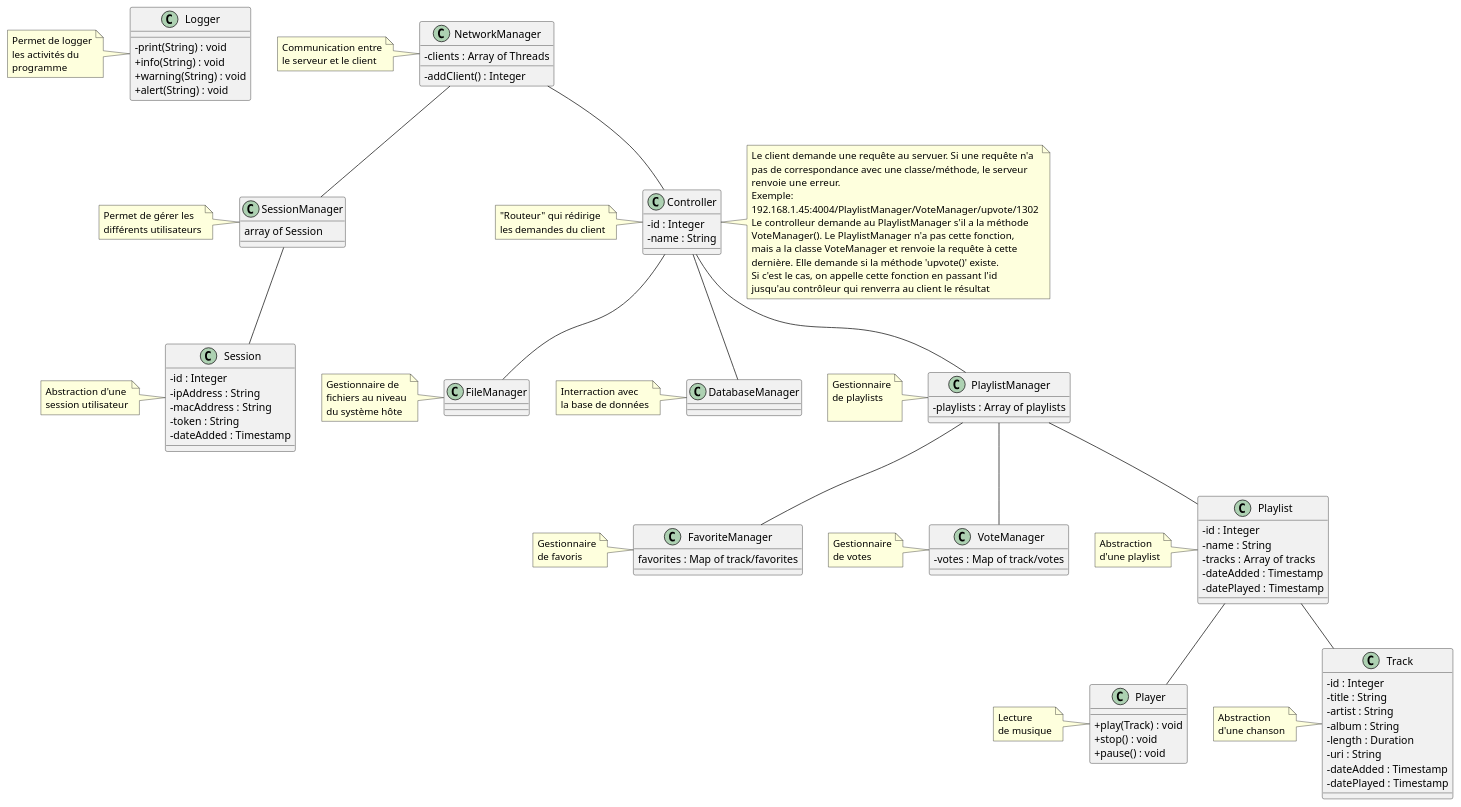
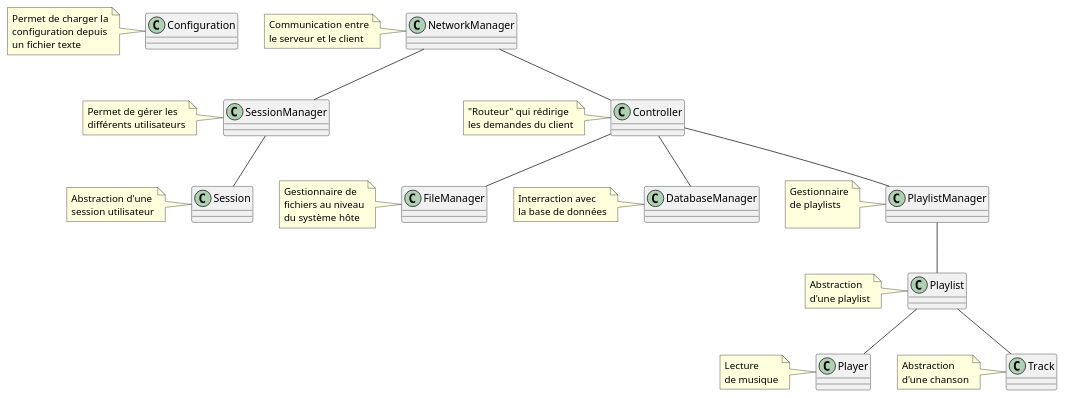
The diagram in doc/commusica/UML.puml (heig-vd-pro2017/projet), drawn with PlantUML before and after one commit.

Commit message:
Cleaned "UML"

```diff
--- a/doc/commusica/UML.puml
+++ b/doc/commusica/UML.puml
@@ -1,181 +1,100 @@
 @startuml
 
 skinparam classAttributeIconSize 0
 
-class Logger {
-    -print(String) : void
-    +info(String) : void
-    +warning(String) : void
-    +alert(String) : void
-}
+class Configuration
 
-class NetworkManager {
-    -clients : Array of Threads
+class NetworkManager
 
-    -addClient() : Integer
+class SessionManager
 
-}
+class Session
 
-class SessionManager {
-    array of Session
-}
+class Controller
 
-class Session {
-    -id : Integer
-    -ipAddress : String
-    -macAddress : String
-    -token : String
-    -dateAdded : Timestamp
-}
+class FileManager
 
-class Controller {
-    -id : Integer
-    -name : String
-}
+class DatabaseManager
 
-class FileManager {
+class PlaylistManager
 
-}
+class Playlist
 
-class DatabaseManager {
+class Player
 
-}
-
-class PlaylistManager {
-    -playlists : Array of playlists
-}
-
-class FavoriteManager {
-    favorites : Map of track/favorites
-}
-
-class VoteManager {
-    -votes : Map of track/votes
-}
-
-class Playlist {
-    -id : Integer
-    -name : String
-    -tracks : Array of tracks
-    -dateAdded : Timestamp
-    -datePlayed : Timestamp
-}
-
-class Player {
-    +play(Track) : void
-    +stop() : void
-    +pause() : void
-}
-
-class Track {
-    -id : Integer
-    -title : String
-    -artist : String
-    -album : String
-    -length : Duration
-    -uri : String
-    -dateAdded : Timestamp
-    -datePlayed : Timestamp
-}
+class Track
 
 NetworkManager -- Controller
 
 NetworkManager -- SessionManager
 
 SessionManager -- Session
 
 Controller -- FileManager
 Controller -- DatabaseManager
 Controller -- PlaylistManager
 
-PlaylistManager -- FavoriteManager
-PlaylistManager -- VoteManager
 PlaylistManager -- Playlist
 
 Playlist -- Player
 Playlist -- Track
 
-note left of Logger
-    Permet de logger
-    les activités du
-    programme
+note left of Configuration
+    Permet de charger la
+    configuration depuis
+    un fichier texte
 endnote
 
 note left of NetworkManager
     Communication entre
     le serveur et le client
 endnote
 
 note left of SessionManager
     Permet de gérer les
     différents utilisateurs
 endnote
 
 note left of Session
     Abstraction d'une
     session utilisateur
 endnote
 
 note left of Controller
     "Routeur" qui rédirige
     les demandes du client
 endnote
 
-note  right of Controller
-    Le client demande une requête au servuer. Si une requête n'a
-    pas de correspondance avec une classe/méthode, le serveur
-    renvoie une erreur.
-    Exemple:
-    192.168.1.45:4004/PlaylistManager/VoteManager/upvote/1302
-    Le controlleur demande au PlaylistManager s'il a la méthode
-    VoteManager(). Le PlaylistManager n'a pas cette fonction,
-    mais a la classe VoteManager et renvoie la requête à cette
-    dernière. Elle demande si la méthode 'upvote()' existe.
-    Si c'est le cas, on appelle cette fonction en passant l'id
-    '1302' en paramètre à la fonction. Son résultat est retourné
-    jusqu'au contrôleur qui renverra au client le résultat
-endnote
-
 note left of FileManager
     Gestionnaire de
     fichiers au niveau
     du système hôte
 endnote
 
 note left of DatabaseManager
     Interraction avec
     la base de données
 endnote
 
 note left of PlaylistManager
     Gestionnaire
     de playlists
 
-endnote
-
-note left of FavoriteManager
-    Gestionnaire
-    de favoris
-endnote
-
-note left of VoteManager
-    Gestionnaire
-    de votes
 endnote
 
 note left of Playlist
     Abstraction
     d'une playlist
 endnote
 
 note left of Player
     Lecture
     de musique
 endnote
 
 note left of Track
     Abstraction
     d'une chanson
 endnote
 
 @enduml
```
